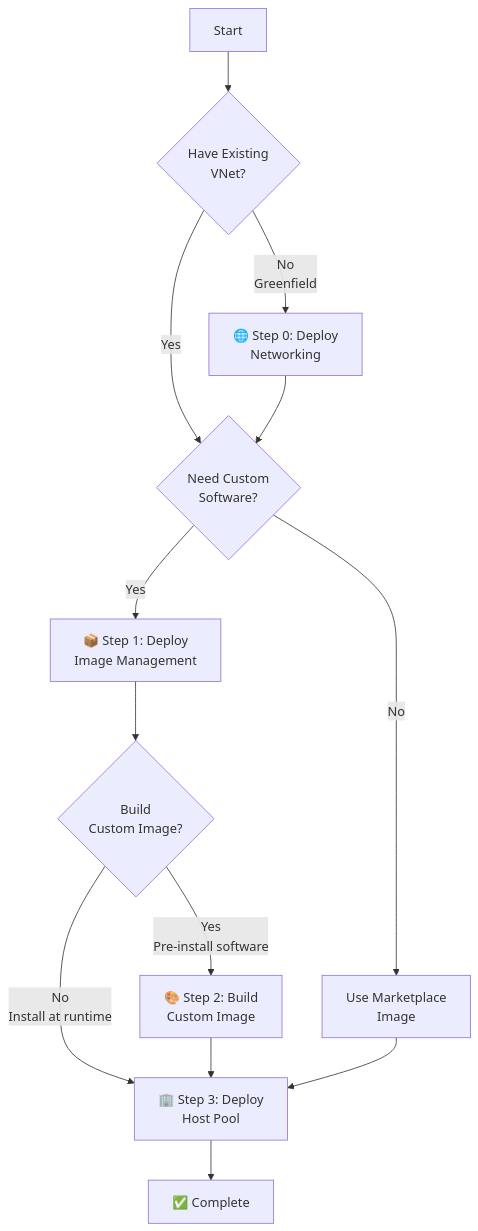
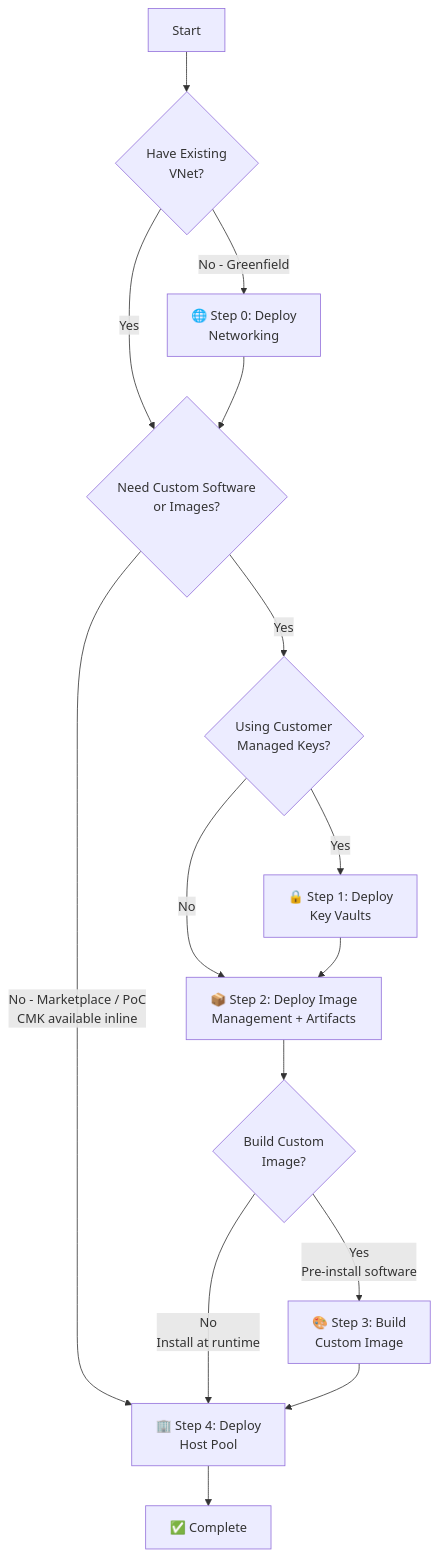
One commit to Azure/FederalAVD changed the diagram in docs/quickStart.md. Above: the diagram before and after it, drawn with Mermaid. The commit also changed other lines of this file and 360 other files, not shown here.

First line of the commit message:
Removed AVM, Refactored Image Management, Customer Managed Keys, and Image Builds - New Features (#26)

````diff
--- a/docs/quickStart.md
+++ b/docs/quickStart.md
@@ -11,15 +11,17 @@
 ```mermaid
 graph TD
     A[Start] --> B{Have Existing<br/>VNet?}
-    B -->|No<br/>Greenfield| C[🌐 Step 0: Deploy<br/>Networking]
-    B -->|Yes| D{Need Custom<br/>Software?}
-    C --> D
-    D -->|Yes| E[📦 Step 1: Deploy<br/>Image Management]
-    D -->|No| F[Use Marketplace<br/>Image]
-    E --> G{Build<br/>Custom Image?}
-    G -->|Yes<br/>Pre-install software| H[🎨 Step 2: Build<br/>Custom Image]
-    G -->|No<br/>Install at runtime| I[🏢 Step 3: Deploy<br/>Host Pool]
-    H --> I
-    F --> I
-    I --> J[✅ Complete]
+    B -->|No - Greenfield| C[🌐 Step 0: Deploy<br/>Networking]
+    B -->|Yes| CUST
+    C --> CUST
+    CUST{Need Custom Software<br/>or Images?} -->|No - Marketplace / PoC<br/>CMK available inline| HP
+    CUST -->|Yes| CMK{Using Customer<br/>Managed Keys?}
+    CMK -->|Yes| KV[🔒 Step 1: Deploy<br/>Key Vaults]
+    CMK -->|No| IMG
+    KV --> IMG[📦 Step 2: Deploy Image<br/>Management + Artifacts]
+    IMG --> BUILD{Build Custom<br/>Image?}
+    BUILD -->|Yes<br/>Pre-install software| IB[🎨 Step 3: Build<br/>Custom Image]
+    BUILD -->|No<br/>Install at runtime| HP
+    IB --> HP[🏢 Step 4: Deploy<br/>Host Pool]
+    HP --> J[✅ Complete]
 ```
````
